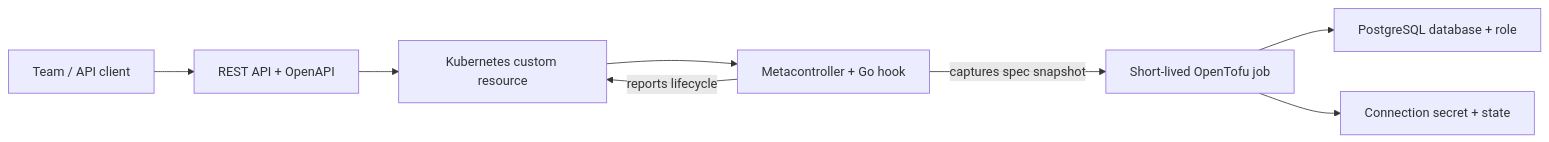
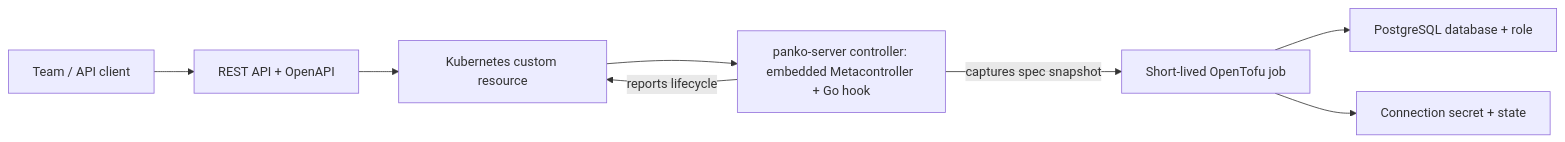
Before and after one commit to hingst-it/panko: the diagram in README.md, drawn with Mermaid. The commit also changed other lines of this file and 109 other files, not shown here.

First line of the commit message:
PoC: unified panko-server, Helm chart, panko install and panko dev

````diff
--- a/README.md
+++ b/README.md
@@ -38,10 +40,10 @@
 ```mermaid
 flowchart LR
   Team[Team / API client] --> Gateway[REST API + OpenAPI]
   Gateway --> CR[Kubernetes custom resource]
-  CR --> Controller[Metacontroller + Go hook]
+  CR --> Controller[panko-server controller: embedded Metacontroller + Go hook]
   Controller -->|captures spec snapshot| Job[Short-lived OpenTofu job]
   Job --> Infrastructure[PostgreSQL database + role]
   Job --> Secrets[Connection secret + state]
   Controller -->|reports lifecycle| CR
 ```
````
